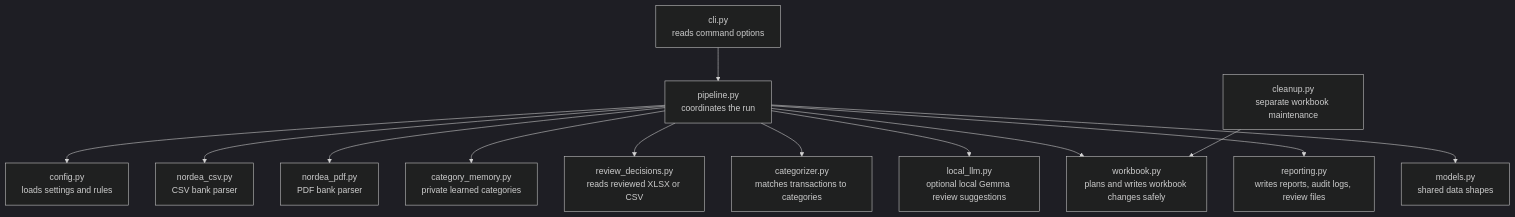
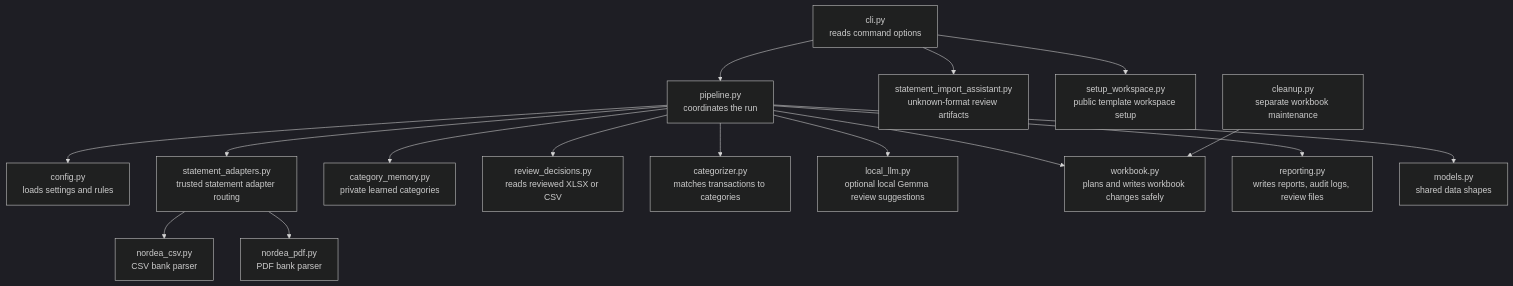
One commit to EricleungDK/personalwealthtracker changed the third of 5 diagrams in docs/project_overview.md. Above: the diagram before and after it, drawn with Mermaid (dark theme). The commit also changed other lines of this file and 9 other files, not shown here.

````diff
--- a/docs/project_overview.md
+++ b/docs/project_overview.md
@@ -73,15 +81,18 @@
 ```mermaid
 flowchart TD
   CLI["cli.py<br/>reads command options"] --> Pipeline["pipeline.py<br/>coordinates the run"]
   Pipeline --> Config["config.py<br/>loads settings and rules"]
-  Pipeline --> Csv["nordea_csv.py<br/>CSV bank parser"]
-  Pipeline --> Pdf["nordea_pdf.py<br/>PDF bank parser"]
+  Pipeline --> Adapters["statement_adapters.py<br/>trusted statement adapter routing"]
+  Adapters --> Csv["nordea_csv.py<br/>CSV bank parser"]
+  Adapters --> Pdf["nordea_pdf.py<br/>PDF bank parser"]
+  CLI --> ImportAssistant["statement_import_assistant.py<br/>unknown-format review artifacts"]
+  CLI --> Setup["setup_workspace.py<br/>public template workspace setup"]
   Pipeline --> Memory["category_memory.py<br/>private learned categories"]
   Pipeline --> Review["review_decisions.py<br/>reads reviewed XLSX or CSV"]
   Pipeline --> Categorizer["categorizer.py<br/>matches transactions to categories"]
   Pipeline --> LocalLLM["local_llm.py<br/>optional local Gemma review suggestions"]
   Pipeline --> Workbook["workbook.py<br/>plans and writes workbook changes safely"]
   Pipeline --> Reporting["reporting.py<br/>writes reports, audit logs, review files"]
   Pipeline --> Models["models.py<br/>shared data shapes"]
   Cleanup["cleanup.py<br/>separate workbook maintenance"] --> Workbook
 ```
````
